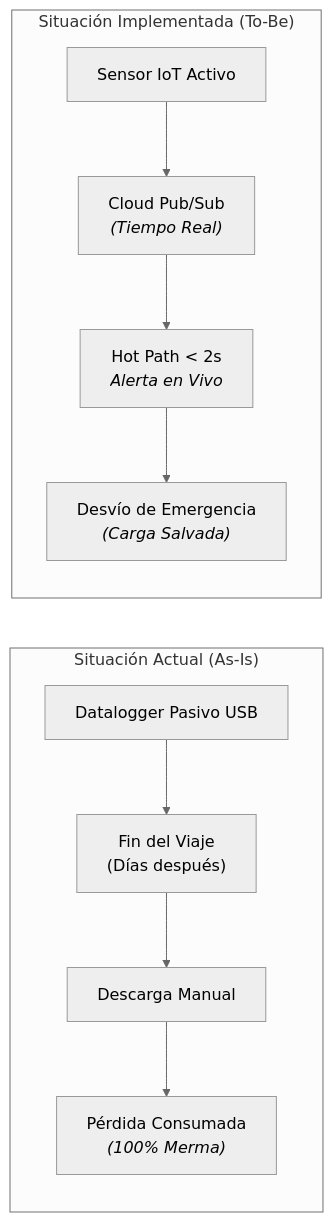
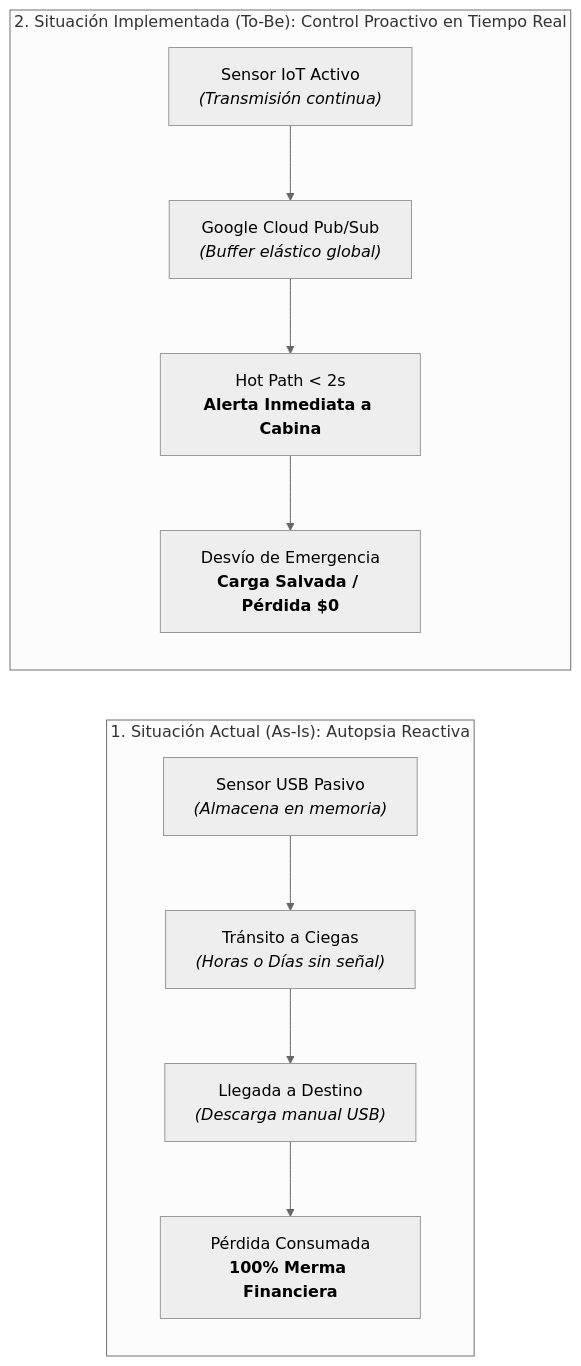
The first of 5 diagrams in informe/SLIDES_SUSTENTACION.md (gsoto1872-blip/iot-coldchain), drawn with Mermaid (neutral theme) before and after one commit. The commit also changed other lines of this file and 1 other file, not shown here.

````diff
--- a/informe/SLIDES_SUSTENTACION.md
+++ b/informe/SLIDES_SUSTENTACION.md
@@ -54,14 +86,14 @@
 ```mermaid
 flowchart LR
-    subgraph AsIs["Situación Actual (As-Is)"]
-        D1["Datalogger Pasivo USB"] --> D2["Fin del Viaje<br/>(Días después)"]
-        D2 --> D3["Descarga Manual"]
-        D3 --> D4["Pérdida Consumada<br/><i>(100% Merma)</i>"]
+    subgraph AsIs["1. Situación Actual (As-Is): Autopsia Reactiva"]
+        A1["Sensor USB Pasivo<br/><i>(Almacena en memoria)</i>"] --> A2["Tránsito a Ciegas<br/><i>(Horas o Días sin señal)</i>"]
+        A2 --> A3["Llegada a Destino<br/><i>(Descarga manual USB)</i>"]
+        A3 --> A4["Pérdida Consumada<br/><b>100% Merma Financiera</b>"]
     end
 
-    subgraph ToBe["Situación Implementada (To-Be)"]
-        T1["Sensor IoT Activo"] --> T2["Cloud Pub/Sub<br/><i>(Tiempo Real)</i>"]
-        T2 --> T3["Hot Path &lt; 2s<br/><i>Alerta en Vivo</i>"]
-        T3 --> T4["Desvío de Emergencia<br/><i>(Carga Salvada)</i>"]
+    subgraph ToBe["2. Situación Implementada (To-Be): Control Proactivo en Tiempo Real"]
+        B1["Sensor IoT Activo<br/><i>(Transmisión continua)</i>"] --> B2["Google Cloud Pub/Sub<br/><i>(Buffer elástico global)</i>"]
+        B2 --> B3["Hot Path &lt; 2s<br/><b>Alerta Inmediata a Cabina</b>"]
+        B3 --> B4["Desvío de Emergencia<br/><b>Carga Salvada / Pérdida $0</b>"]
     end
 ```
````
